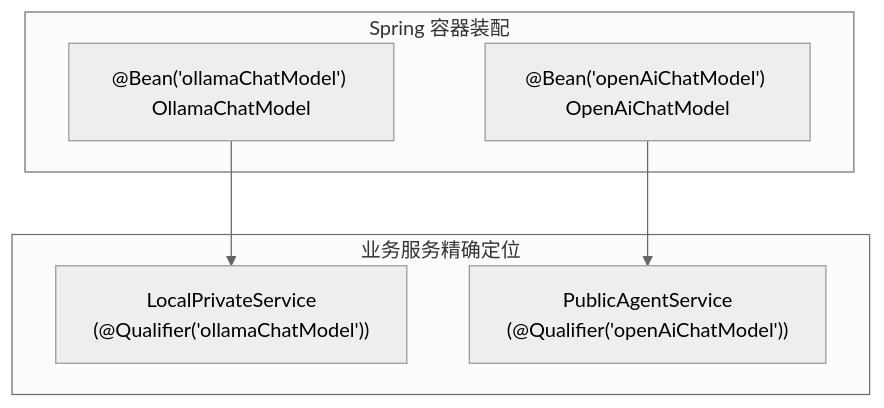
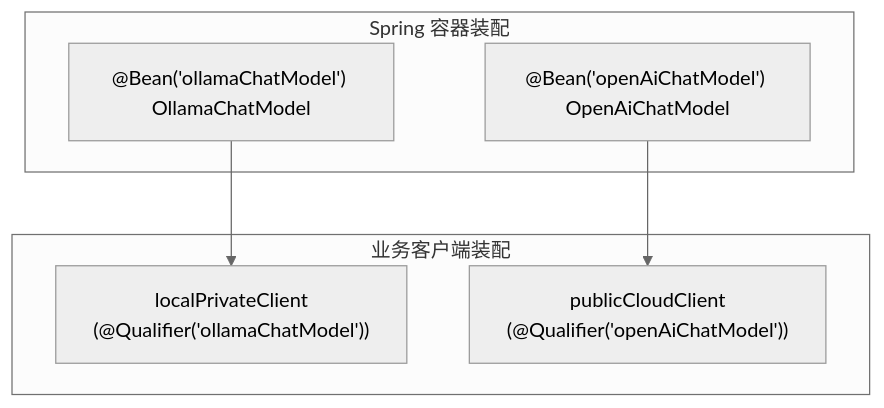
One commit to GuoWWWX/knowledge-base changed the third of 3 diagrams in 10-AI应用开发/02-框架-SpringAI与LangChain4j/SpringAI/02-ChatClient与ChatModel.md. Above: the diagram before and after it, drawn with Mermaid (neutral theme). The commit also changed other lines of this file and 251 other files, not shown here.

````diff
--- a/10-AI应用开发/02-框架-SpringAI与LangChain4j/SpringAI/02-ChatClient与ChatModel.md
+++ b/10-AI应用开发/02-框架-SpringAI与LangChain4j/SpringAI/02-ChatClient与ChatModel.md
@@ -248,15 +229,15 @@
 ```mermaid
 flowchart TD
     subgraph Config["Spring 容器装配"]
         OM["@Bean('ollamaChatModel') OllamaChatModel"]
         OAI["@Bean('openAiChatModel') OpenAiChatModel"]
     end
 
-    subgraph Service["业务服务精确定位"]
-        S1["LocalPrivateService<br/>(@Qualifier('ollamaChatModel'))"]
-        S2["PublicAgentService<br/>(@Qualifier('openAiChatModel'))"]
+    subgraph Service["业务客户端装配"]
+        S1["localPrivateClient<br/>(@Qualifier('ollamaChatModel'))"]
+        S2["publicCloudClient<br/>(@Qualifier('openAiChatModel'))"]
     end
 
     OM --> S1
     OAI --> S2
 ```
````
